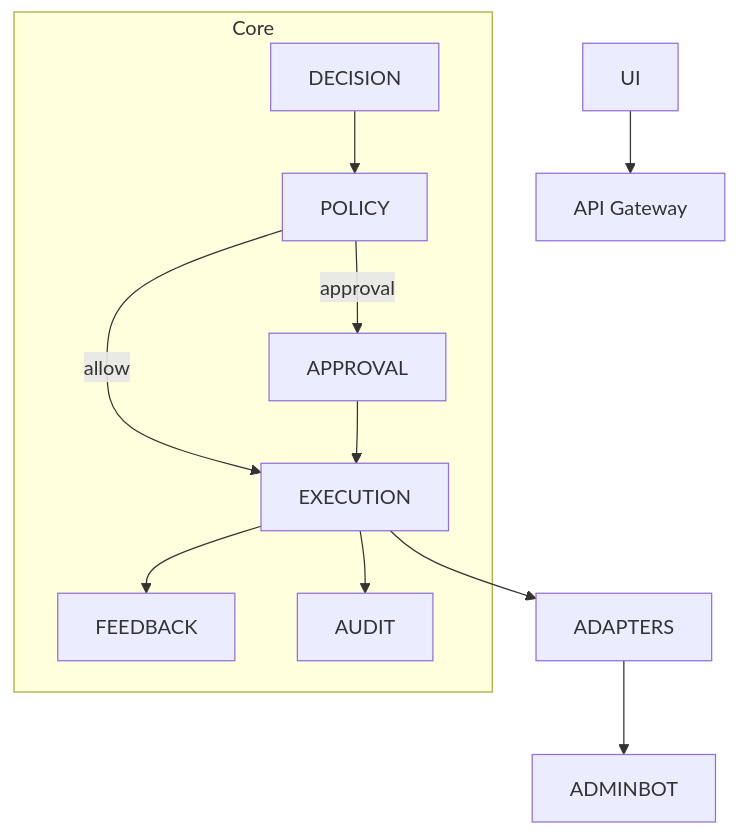
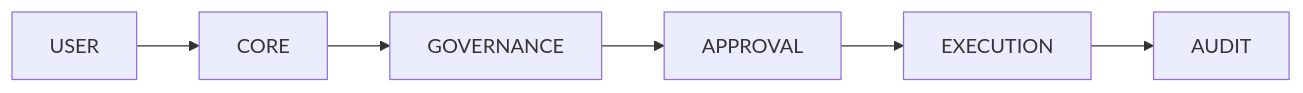
Before and after one commit to Modularium/ABrain: the diagram in README.md, drawn with Mermaid. The commit also changed other lines of this file, not shown here.

`````diff
--- a/README.md
+++ b/README.md
@@ -61,16 +105,8 @@
 ```mermaid
-flowchart TB
-  UI --> GW[API Gateway]
-
-  subgraph Core
-    DECISION --> POLICY
-    POLICY -->|allow| EXECUTION
-    POLICY -->|approval| APPROVAL
-    APPROVAL --> EXECUTION
-    EXECUTION --> FEEDBACK
-    EXECUTION --> AUDIT
-  end
-
-  EXECUTION --> ADAPTERS
-  ADAPTERS --> ADMINBOT
-````
+flowchart LR
+  USER --> CORE
+  CORE --> GOVERNANCE
+  GOVERNANCE --> APPROVAL
+  APPROVAL --> EXECUTION
+  EXECUTION --> AUDIT
+```
`````
